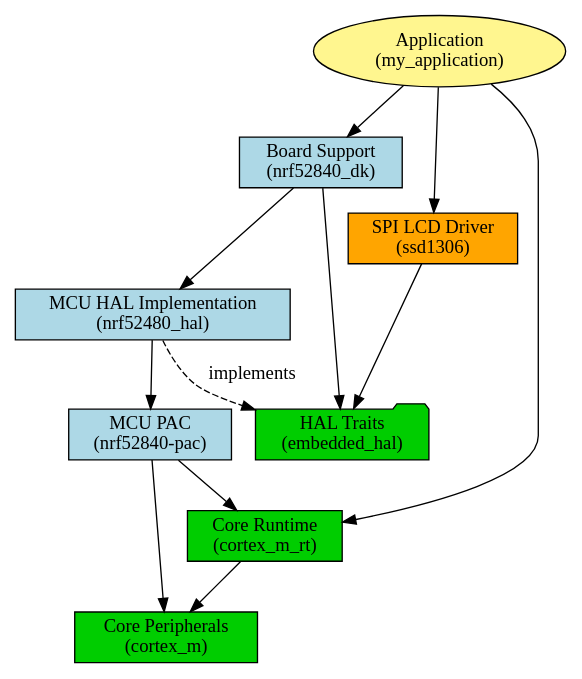
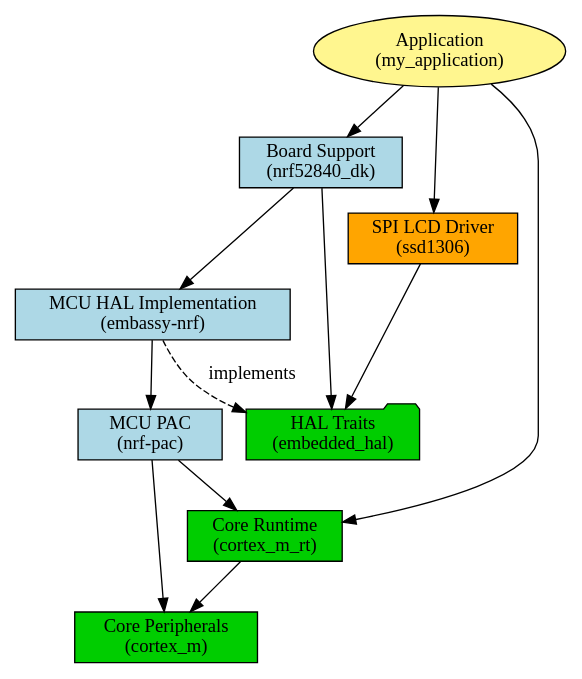
The diagram in training-slides/src/rust-bare-metal.md (ferrous-systems/rust-training), drawn with Graphviz before and after one commit.

Commit message:
update bare-metal slides: correction for PAC and HAL names

````diff
--- a/training-slides/src/rust-bare-metal.md
+++ b/training-slides/src/rust-bare-metal.md
@@ -29,33 +29,33 @@
 ```dot process
 digraph {
     node [shape=oval, width=1.5, fillcolor=khaki1, style=filled];
     app [label="Application\n(my_application)"]
 
     node [shape=record, width=1.5, fillcolor=lightblue, style=filled];
     bsc [label="Board Support\n(nrf52840_dk)"]
-    hal [label="MCU HAL Implementation\n(nrf52480_hal)"]
-    pac [label="MCU PAC\n(nrf52840-pac)"]
+    hal [label="MCU HAL Implementation\n(embassy-nrf)"]
+    pac [label="MCU PAC\n(nrf-pac)"]
 
     node [shape=record, width=1.5, fillcolor=orange, style=filled];
     lcd_driver [label="SPI LCD Driver\n(ssd1306)"]
 
     node [shape=folder, width=1.5, fillcolor=green3, style=filled];
     hal_traits [label="HAL Traits\n(embedded_hal)"]
 
     node [shape=record, width=1.5, fillcolor=green3, style=filled];
     rt [label="Core Runtime\n(cortex_m_rt)"]
     cp [label="Core Peripherals\n(cortex_m)"]
 
     app -> bsc;
     bsc -> hal;
     bsc -> hal_traits;
     app -> lcd_driver;
     lcd_driver -> hal_traits;
     hal -> hal_traits [label="implements", style="dashed"]
     hal -> pac;
     app -> rt;
     pac -> rt;
     pac -> cp;
     rt -> cp;
 }
 ```
````
